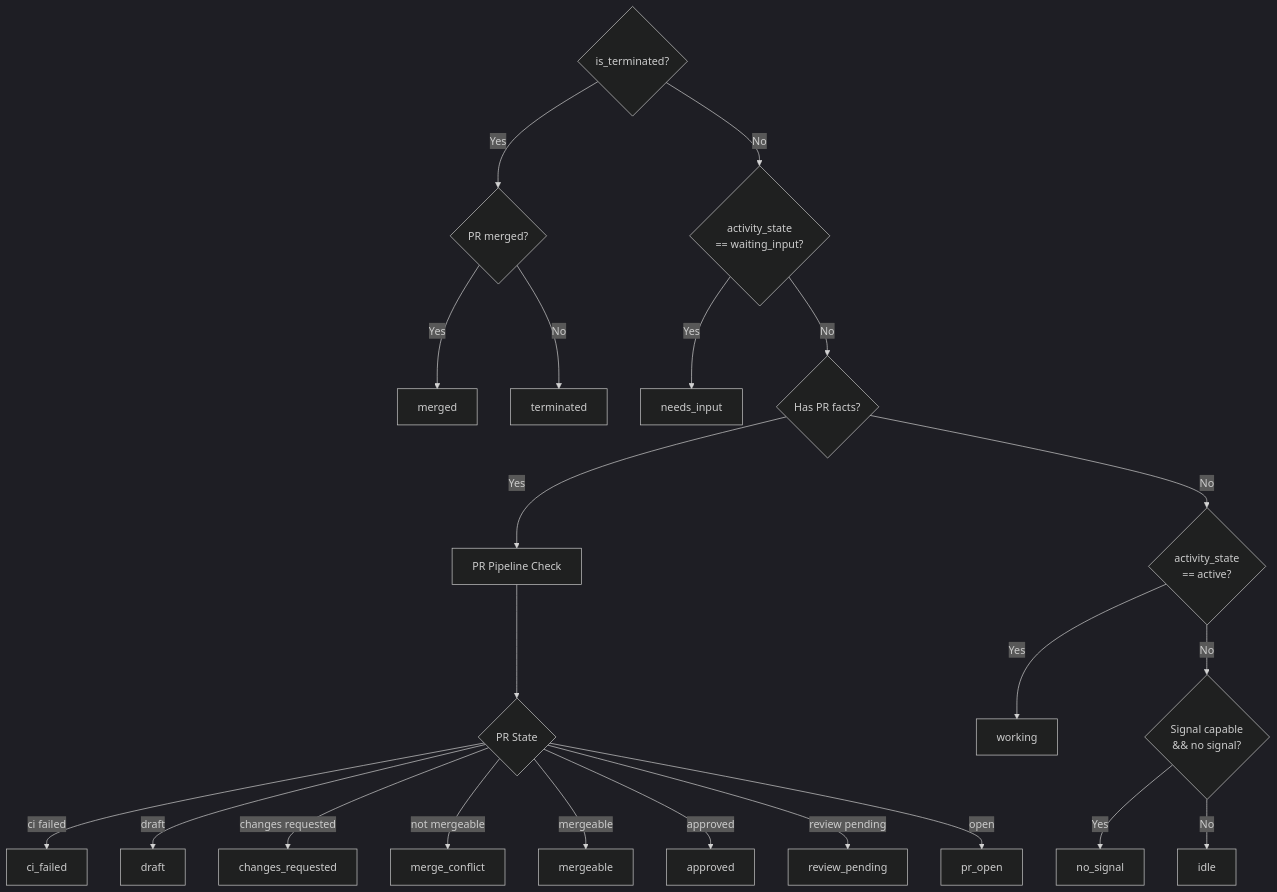
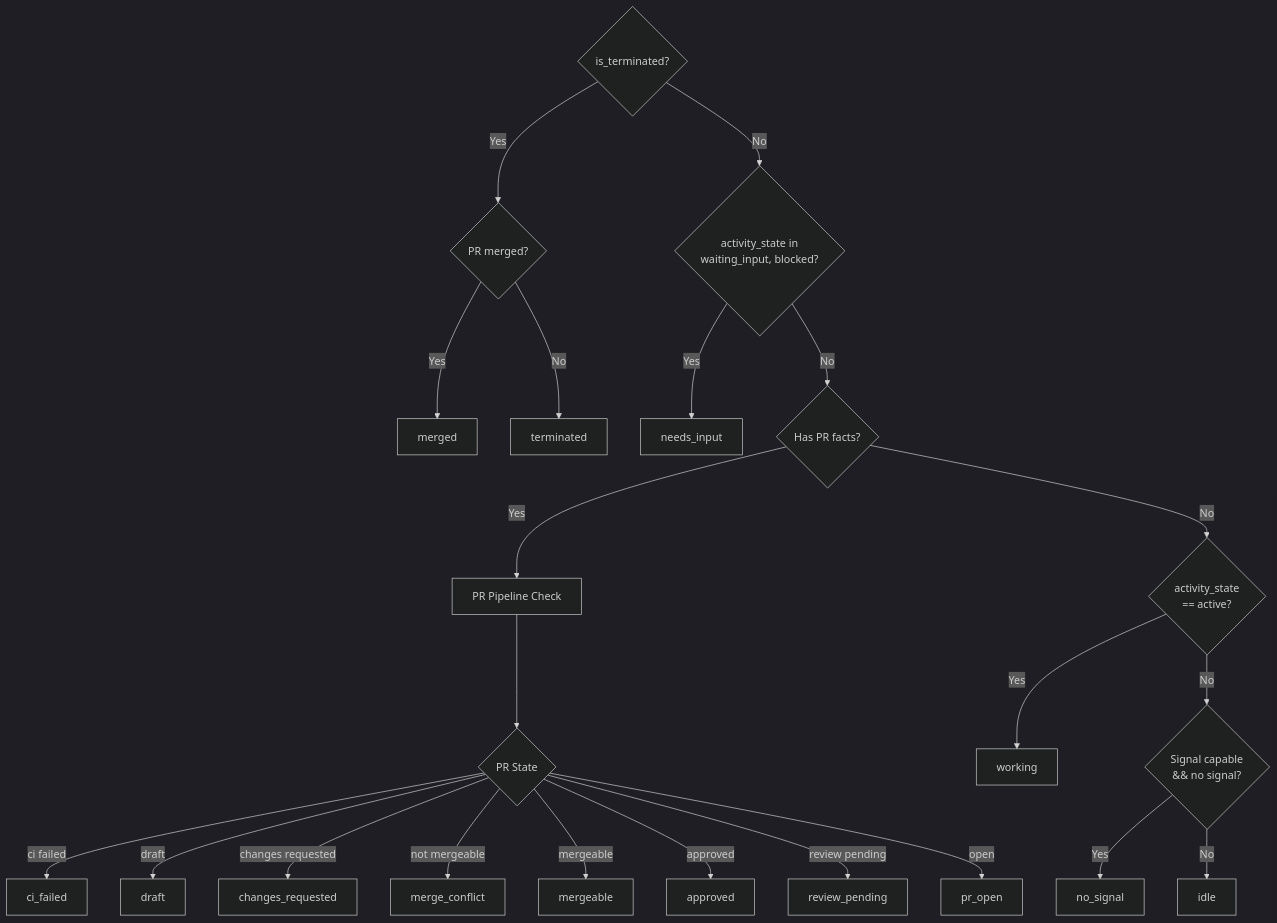
Diagram 12 of 23 in docs/architecture.md (AgentWrapper/agent-orchestrator), drawn with Mermaid (dark theme) before and after one commit. The commit also changed other lines of this file and 38 other files, not shown here.

````diff
--- a/docs/architecture.md
+++ b/docs/architecture.md
@@ -426,32 +426,32 @@
 ```mermaid
 flowchart TD
     CheckTerm{is_terminated?}
     CheckTerm -->|Yes| PRMerged{PR merged?}
-    CheckTerm -->|No| CheckWait{activity_state<br/>== waiting_input?}
+    CheckTerm -->|No| CheckWait{activity_state in<br/>waiting_input, blocked?}
 
     PRMerged -->|Yes| Merged[merged]
     PRMerged -->|No| Terminated[terminated]
 
     CheckWait -->|Yes| NeedsInput[needs_input]
     CheckWait -->|No| CheckPR{Has PR facts?}
 
     CheckPR -->|Yes| PRPipeline[PR Pipeline Check]
     CheckPR -->|No| CheckActive{activity_state<br/>== active?}
 
     PRPipeline --> PRState{PR State}
     PRState -->|ci failed| CIFailed[ci_failed]
     PRState -->|draft| Draft[draft]
     PRState -->|changes requested| Changes[changes_requested]
     PRState -->|not mergeable| Conflict[merge_conflict]
     PRState -->|mergeable| Mergeable[mergeable]
     PRState -->|approved| Approved[approved]
     PRState -->|review pending| ReviewPending[review_pending]
     PRState -->|open| PROpen[pr_open]
 
     CheckActive -->|Yes| Working[working]
     CheckActive -->|No| CheckSignal{Signal capable<br/>&& no signal?}
 
     CheckSignal -->|Yes| NoSignal[no_signal]
     CheckSignal -->|No| Idle[idle]
 
 ```
````
